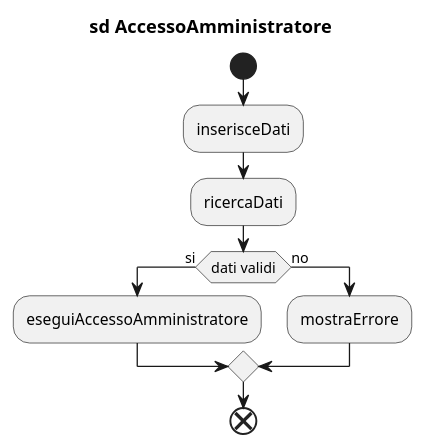
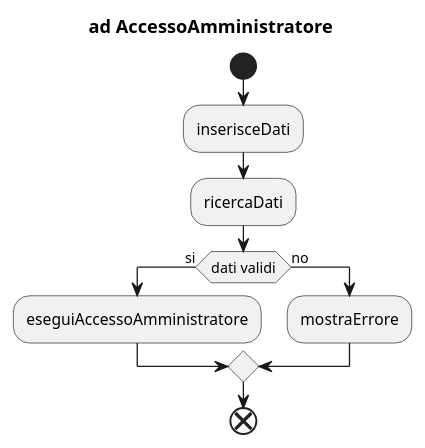
One commit to sprinja/Progetto_Shop_Strumenti_Musicali changed the diagram in uml/Diagrammi di attività/Diagrammadiattivita_AccessoAmministratore.puml. Above: the diagram before and after it, drawn with PlantUML. The commit also changed 16 other files, not shown here.

```diff
--- a/uml/Diagrammi di attività/Diagrammadiattivita_AccessoAmministratore.puml
+++ b/uml/Diagrammi di attività/Diagrammadiattivita_AccessoAmministratore.puml
@@ -1,14 +1,14 @@
 @startuml
-title sd AccessoAmministratore
+title ad AccessoAmministratore
 
 start
 :inserisceDati;
 :ricercaDati;
 if (dati validi) then (si)
 	:eseguiAccessoAmministratore;
 
 else (no)
     :mostraErrore;
 endif
 end
 @enduml
```
